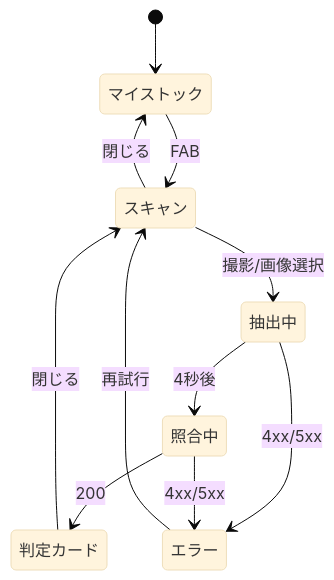
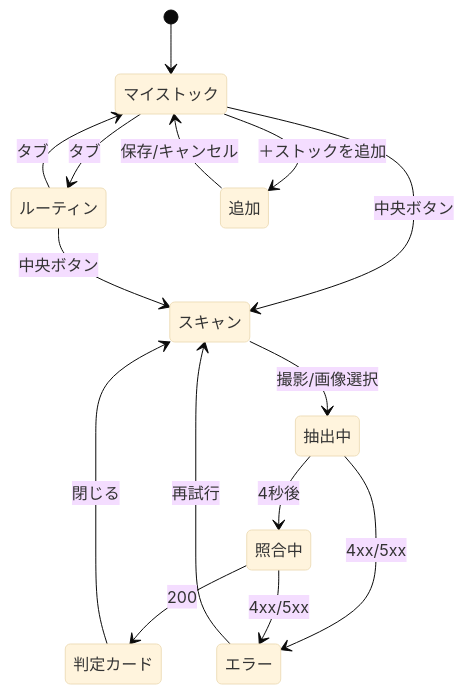
Before and after one commit to John-Frusciante/overlai: the third of 3 diagrams in docs/ARCHITECTURE.md, drawn with Mermaid (base theme). The commit also changed other lines of this file and 15 other files, not shown here.

````diff
--- a/docs/ARCHITECTURE.md
+++ b/docs/ARCHITECTURE.md
@@ -362,13 +417,17 @@
 ```mermaid
 stateDiagram-v2
     [*] --> マイストック
-    マイストック --> スキャン: FAB
-    スキャン --> マイストック: 閉じる
+    マイストック --> ルーティン: タブ
+    ルーティン --> マイストック: タブ
+    マイストック --> 追加: ＋ストックを追加
+    追加 --> マイストック: 保存/キャンセル
+    マイストック --> スキャン: 中央ボタン
+    ルーティン --> スキャン: 中央ボタン
     スキャン --> 抽出中: 撮影/画像選択
     抽出中 --> 照合中: 4秒後
     照合中 --> 判定カード: 200
     抽出中 --> エラー: 4xx/5xx
     照合中 --> エラー: 4xx/5xx
     エラー --> スキャン: 再試行
     判定カード --> スキャン: 閉じる
 ```
````
